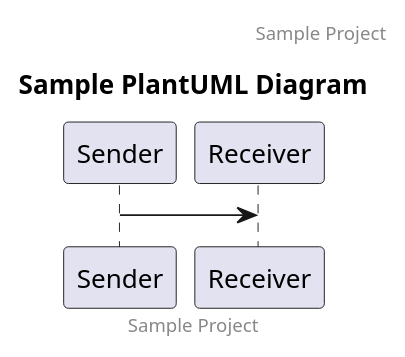
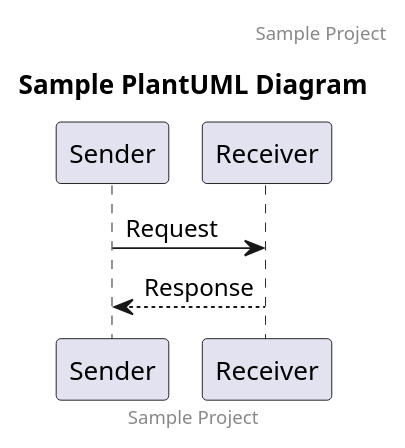
The diagram in docs/index.md (jonathonflorek/sample-project), drawn with PlantUML before and after one commit. The commit also changed 2 other files, not shown here.

Commit message:
Use local plantuml-server for rendering site

````diff
--- a/docs/index.md
+++ b/docs/index.md
@@ -21,7 +21,8 @@
 ```plantuml
 title Sample PlantUML Diagram
 header Sample Project
 footer Sample Project
 
-Sender -> Receiver
+Sender ->  Receiver: Request
+Sender <-- Receiver: Response
 ```
````
